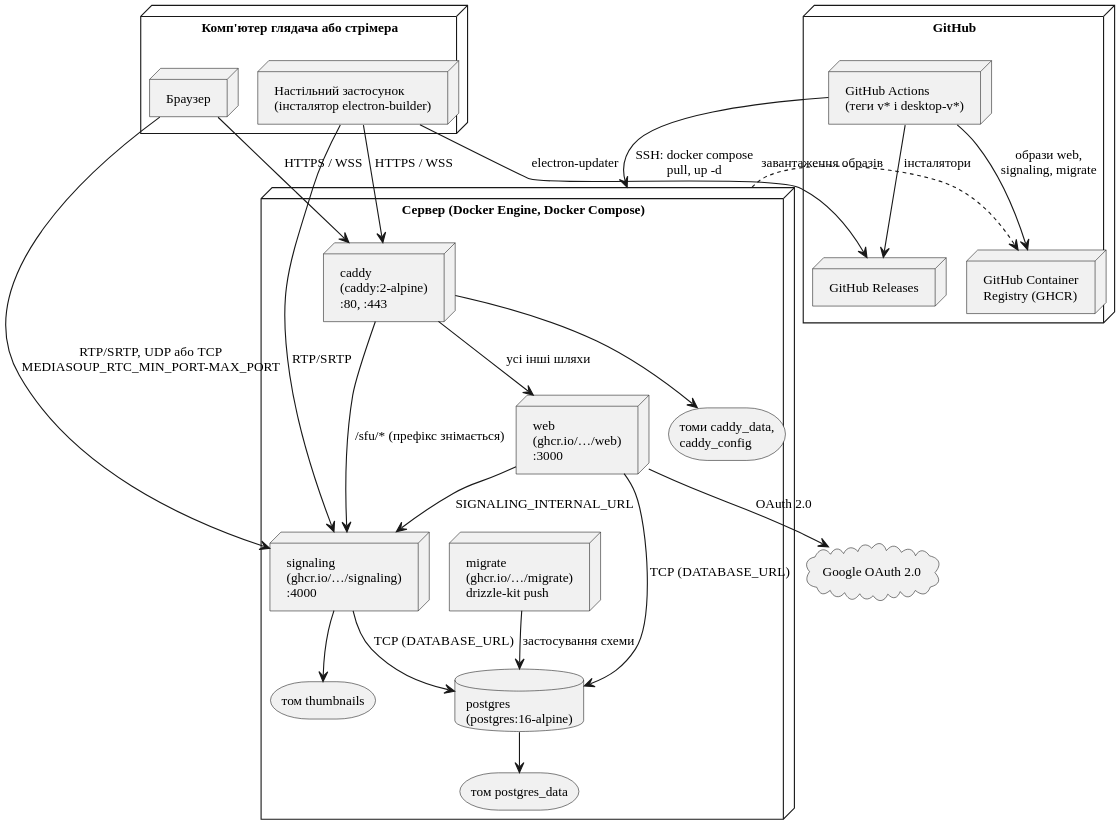
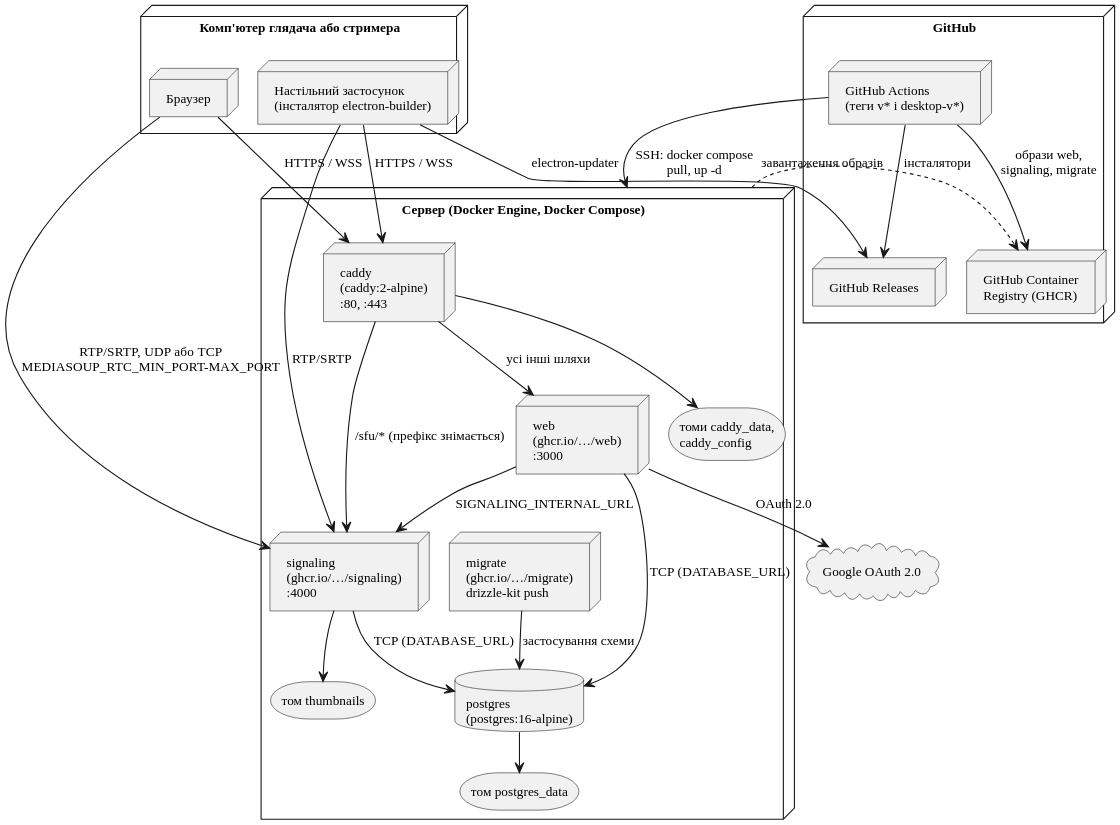
The diagram in thesis/diagrams/fig-deployment.puml (Nikitos1926/stream-share), drawn with PlantUML before and after one commit. The commit also changed 37 other files, not shown here.

```diff
--- a/thesis/diagrams/fig-deployment.puml
+++ b/thesis/diagrams/fig-deployment.puml
@@ -1,52 +1,52 @@
 @startuml
 !pragma layout smetana
 skinparam defaultFontName "Liberation Serif"
 skinparam dpi 200
 skinparam shadowing false
 skinparam monochrome true
 skinparam defaultFontSize 12
 
-node "Комп'ютер глядача або стрімера" as PC {
+node "Комп'ютер глядача або стримера" as PC {
   node "Браузер" as Br
   node "Настільний застосунок\n(інсталятор electron-builder)" as App
 }
 
 node "Сервер (Docker Engine, Docker Compose)" as Host {
   node "caddy\n(caddy:2-alpine)\n:80, :443" as Caddy
   node "web\n(ghcr.io/…/web)\n:3000" as Web
   node "signaling\n(ghcr.io/…/signaling)\n:4000" as Sig
   node "migrate\n(ghcr.io/…/migrate)\ndrizzle-kit push" as Mig
   database "postgres\n(postgres:16-alpine)" as PG
   storage "том thumbnails" as Thumb
   storage "том postgres_data" as PGData
   storage "томи caddy_data,\ncaddy_config" as CData
 }
 
 node "GitHub" as GitHub {
   node "GitHub Actions\n(теги v* і desktop-v*)" as GA
   node "GitHub Container\nRegistry (GHCR)" as GHCR
   node "GitHub Releases" as Rel
 }
 
 cloud "Google OAuth 2.0" as Google
 
 Br --> Caddy : HTTPS / WSS
 App --> Caddy : HTTPS / WSS
 Br --> Sig : RTP/SRTP, UDP або TCP\nMEDIASOUP_RTC_MIN_PORT–MAX_PORT
 App --> Sig : RTP/SRTP
 App --> Rel : electron-updater
 Caddy --> Sig : /sfu/* (префікс знімається)
 Caddy --> Web : усі інші шляхи
 Web --> Sig : SIGNALING_INTERNAL_URL
 Web --> PG : TCP (DATABASE_URL)
 Sig --> PG : TCP (DATABASE_URL)
 Mig --> PG : застосування схеми
 Sig --> Thumb
 PG --> PGData
 Caddy --> CData
 Web --> Google : OAuth 2.0
 GA --> GHCR : образи web,\nsignaling, migrate
 GA --> Rel : інсталятори
 GA --> Host : SSH: docker compose\npull, up -d
 Host ..> GHCR : завантаження образів
 @enduml
```
